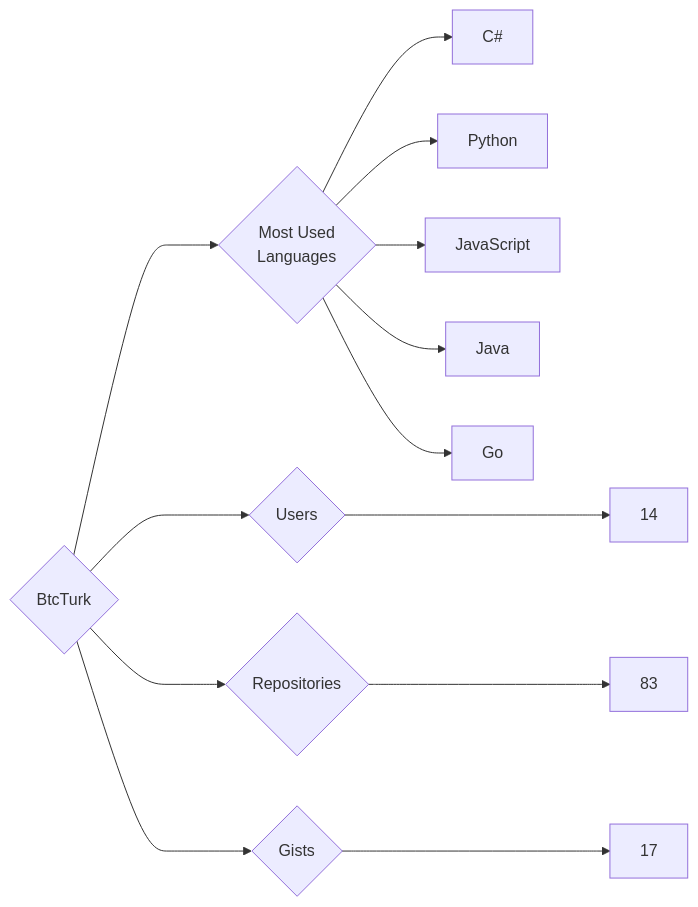
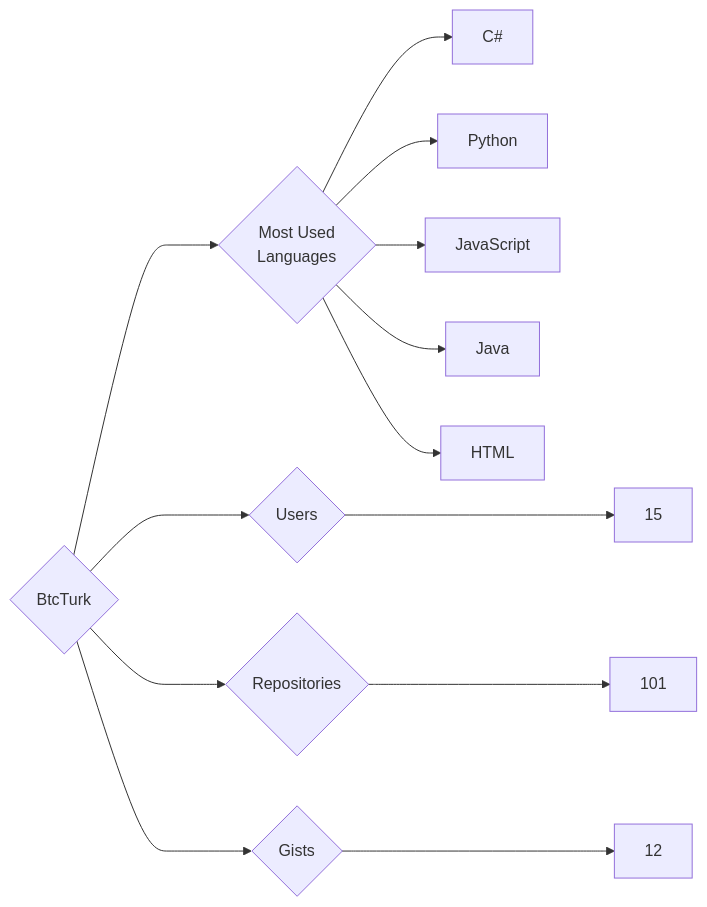
The diagram in targets/BtcTurk/README.md (trickest/insiders), drawn with Mermaid before and after one commit. The commit also changed 748 other files, not shown here.

````diff
--- a/targets/BtcTurk/README.md
+++ b/targets/BtcTurk/README.md
@@ -3,13 +3,13 @@
 ```mermaid
 graph LR
 COMPANY_NAME{BtcTurk}
-COMPANY_NAME ---> U{Users} ---> UN[14]
-COMPANY_NAME ---> R{Repositories} ---> RN[83]
-COMPANY_NAME ---> G{Gists} ---> GN[17]
+COMPANY_NAME ---> U{Users} ---> UN[15]
+COMPANY_NAME ---> R{Repositories} ---> RN[101]
+COMPANY_NAME ---> G{Gists} ---> GN[12]
 COMPANY_NAME ---> ML{Most Used<br>Languages}
 ML --> C#[C#]
 ML --> Python[Python]
 ML --> JavaScript[JavaScript]
 ML --> Java[Java]
-ML --> Go[Go]
+ML --> HTML[HTML]
 ```
````
